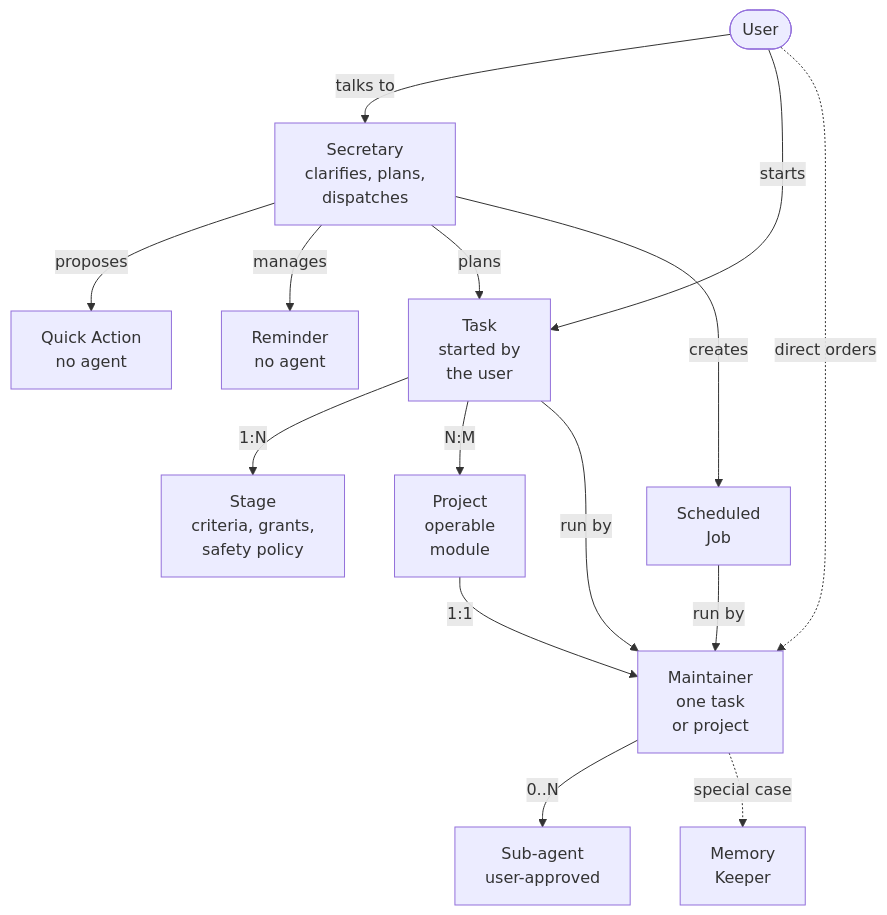
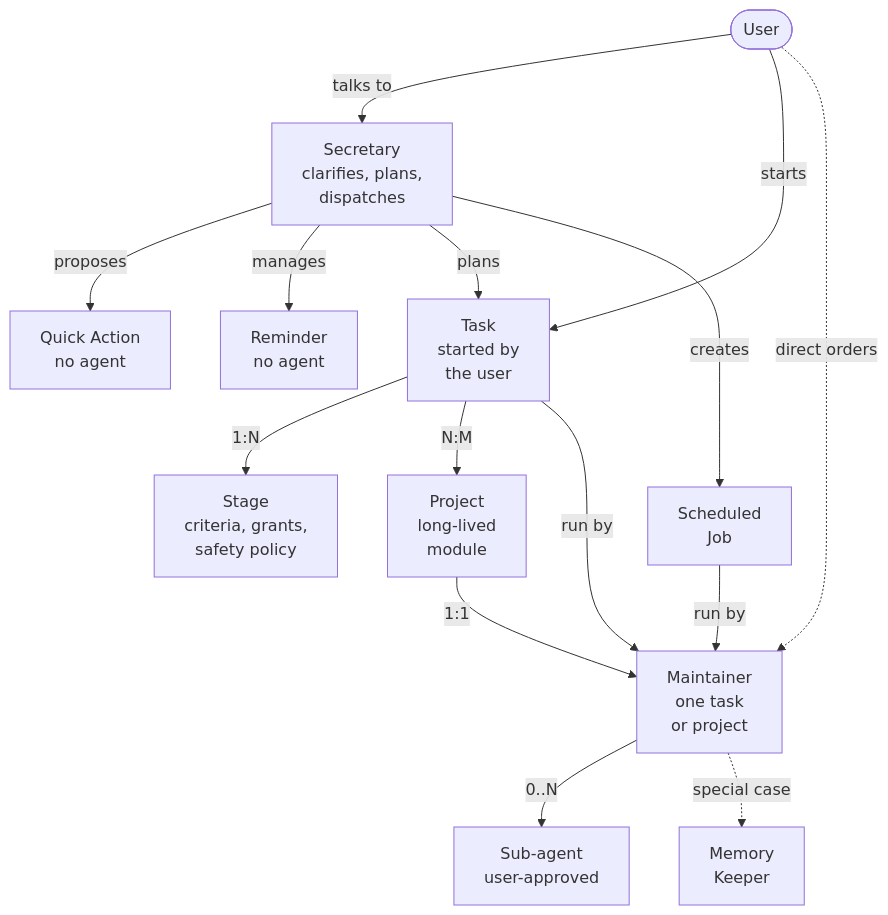
The first of 9 diagrams in README.en.md (catmaniii/ergo), drawn with Mermaid before and after one commit. The commit also changed other lines of this file and 40 other files, not shown here.

````diff
--- a/README.en.md
+++ b/README.en.md
@@ -53,28 +53,28 @@
 ```mermaid
 flowchart TB
     U(["User"])
     SEC["Secretary<br/>clarifies, plans,<br/>dispatches"]
     QA["Quick Action<br/>no agent"]
     RM["Reminder<br/>no agent"]
     TASK["Task<br/>started by<br/>the user"]
     JOB["Scheduled<br/>Job"]
     STAGE["Stage<br/>criteria, grants,<br/>safety policy"]
-    PRJ["Project<br/>operable<br/>module"]
+    PRJ["Project<br/>long-lived<br/>module"]
     MT["Maintainer<br/>one task<br/>or project"]
     SUB["Sub-agent<br/>user-approved"]
     MK["Memory<br/>Keeper"]
     U -->|"talks to"| SEC
     U -->|"starts"| TASK
     U -.->|"direct orders"| MT
     SEC -->|"proposes"| QA
     SEC -->|"manages"| RM
     SEC -->|"plans"| TASK
     SEC -->|"creates"| JOB
     TASK -->|"1:N"| STAGE
     TASK -->|"N:M"| PRJ
     TASK -->|"run by"| MT
     JOB -->|"run by"| MT
     PRJ -->|"1:1"| MT
     MT -->|"0..N"| SUB
     MT -.->|"special case"| MK
 ```
````
